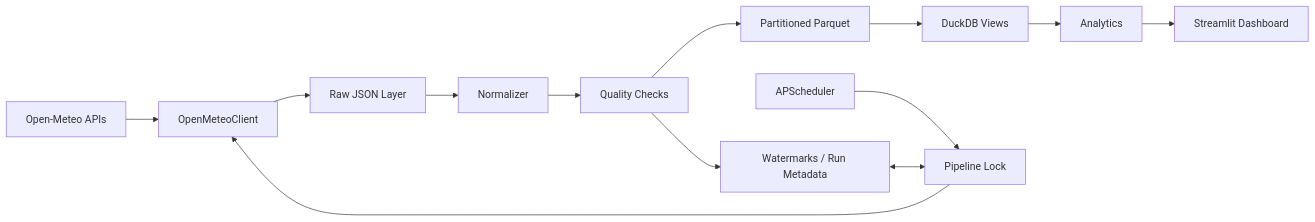
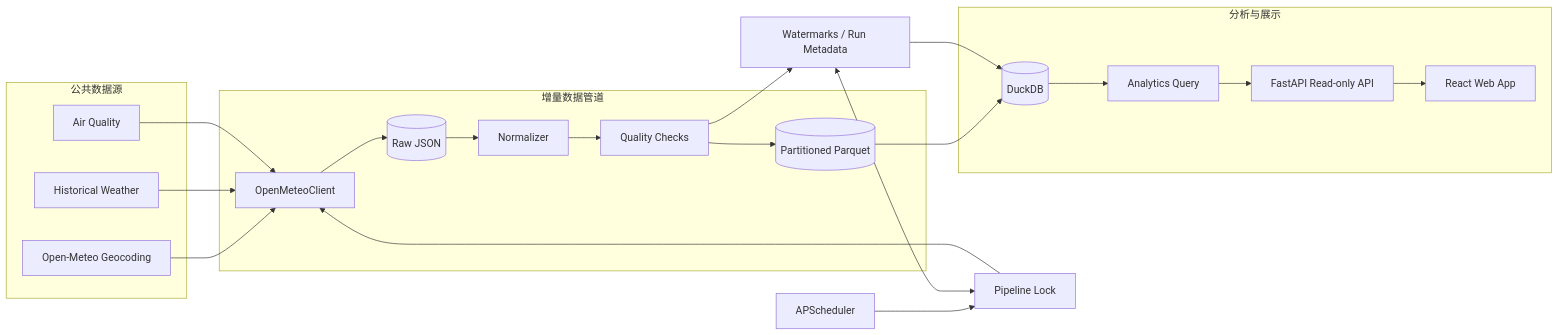
The diagram in docs/architecture/final-data-platform.md (xuyang2005cs/urban-environment-analytics), drawn with Mermaid before and after one commit. The commit also changed other lines of this file and 17 other files, not shown here.

Commit message:
docs: publish web architecture and interface evidence

````diff
--- a/docs/architecture/final-data-platform.md
+++ b/docs/architecture/final-data-platform.md
@@ -5,15 +5,29 @@
 ```mermaid
 flowchart LR
-    A[Open-Meteo APIs] --> B[OpenMeteoClient]
-    B --> C[Raw JSON Layer]
-    C --> D[Normalizer]
-    D --> E[Quality Checks]
-    E --> F[Partitioned Parquet]
-    F --> G[DuckDB Views]
-    G --> H[Analytics]
-    H --> I[Streamlit Dashboard]
-    J[APScheduler] --> K[Pipeline Lock]
-    K --> B
-    L[Watermarks / Run Metadata] <--> K
-    E --> L
+    subgraph Sources[公共数据源]
+      G[Open-Meteo Geocoding]
+      W[Historical Weather]
+      AQ[Air Quality]
+    end
+    subgraph Pipeline[增量数据管道]
+      C[OpenMeteoClient]
+      R[(Raw JSON)]
+      N[Normalizer]
+      Q[Quality Checks]
+      P[(Partitioned Parquet)]
+    end
+    subgraph Serving[分析与展示]
+      D[(DuckDB)]
+      A[Analytics Query]
+      F[FastAPI Read-only API]
+      UI[React Web App]
+    end
+    G --> C
+    W --> C
+    AQ --> C
+    C --> R --> N --> Q --> P --> D --> A --> F --> UI
+    S[APScheduler] --> L[Pipeline Lock] --> C
+    M[Watermarks / Run Metadata] <--> L
+    Q --> M
+    M --> D
 ```
````
